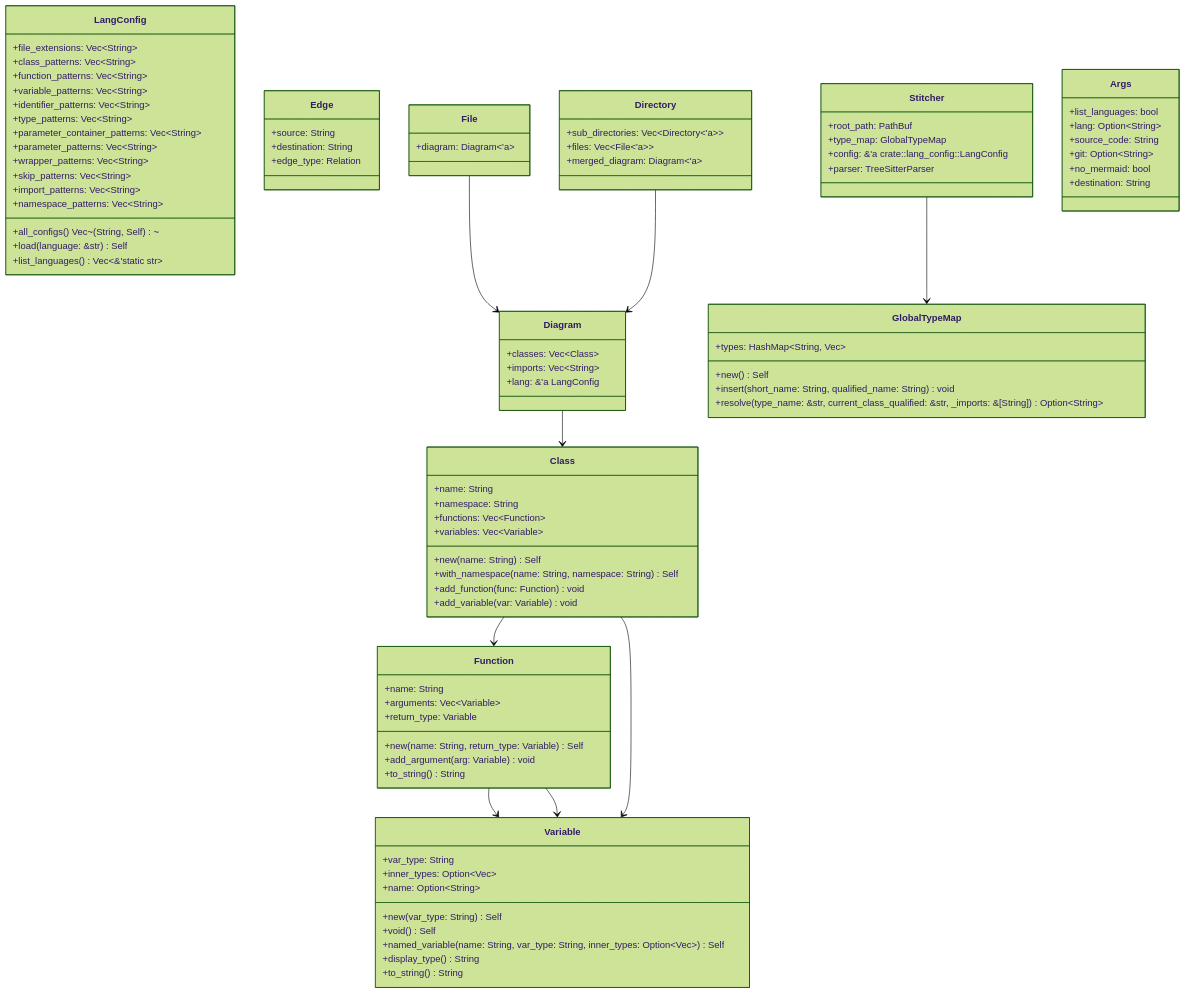
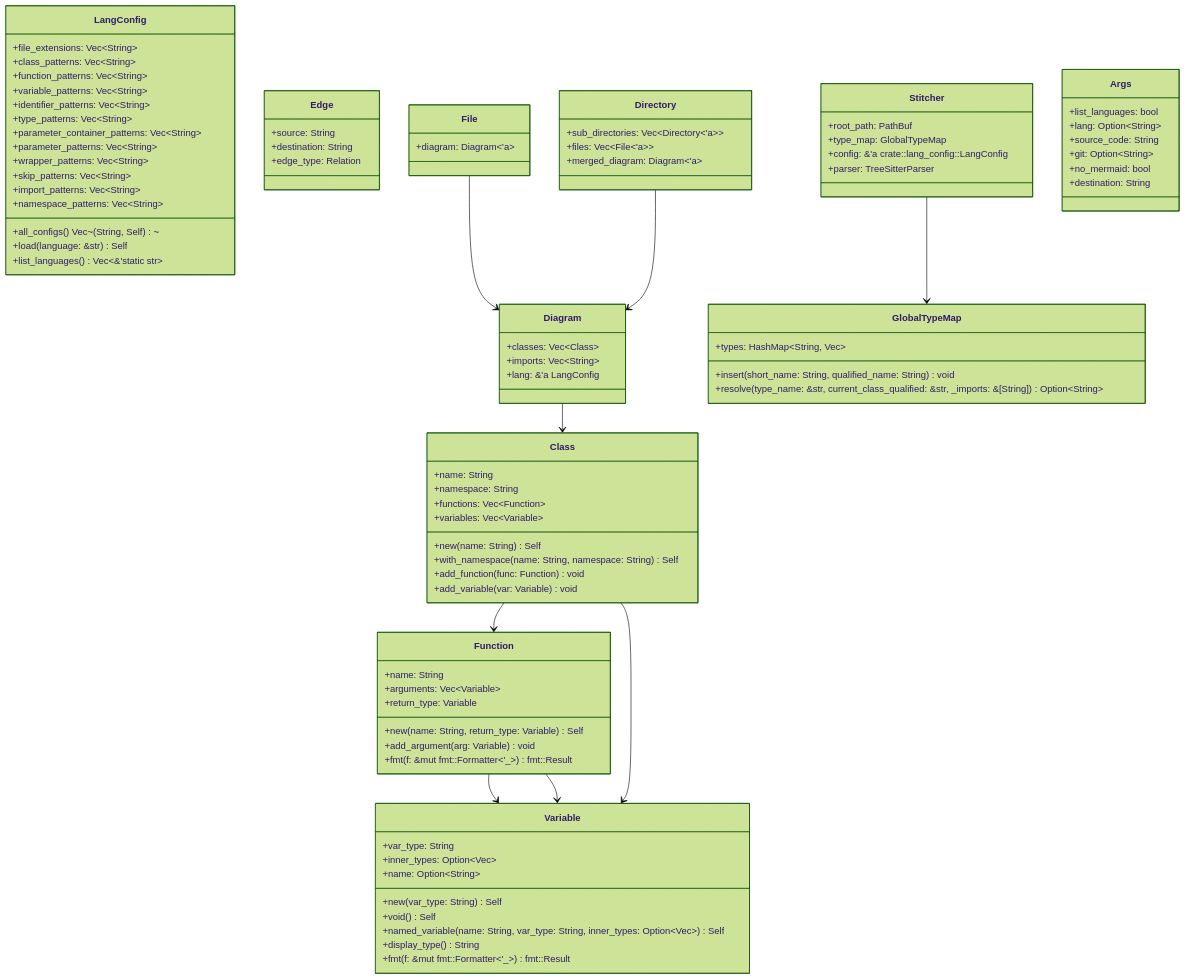
The diagram in UML.md (EthanDGee/Auto-UML), drawn with Mermaid (forest theme) before and after one commit.

Commit message:
docs: update UML diagram [skip ci]

```diff
--- a/UML.md
+++ b/UML.md
@@ -30,7 +30,7 @@
 		+void() Self
 		+named_variable(name: String, var_type: String, inner_types: Option~Vec<String>~) Self
 		+display_type() String
-		+to_string() String
+		+fmt(f: &mut fmt::Formatter~'_~) fmt::Result
 	}
 	class Function {
 		+name: String
@@ -38,7 +38,7 @@
 		+return_type: Variable
 		+new(name: String, return_type: Variable) Self
 		+add_argument(arg: Variable) void
-		+to_string() String
+		+fmt(f: &mut fmt::Formatter~'_~) fmt::Result
 	}
 	class Class {
 		+name: String
@@ -65,7 +65,6 @@
 	}
 	class GlobalTypeMap {
 		+types: HashMap~String, Vec<String>~
-		+new() Self
 		+insert(short_name: String, qualified_name: String) void
 		+resolve(type_name: &str, current_class_qualified: &str, _imports: &[String]) Option~String~
 	}
```
